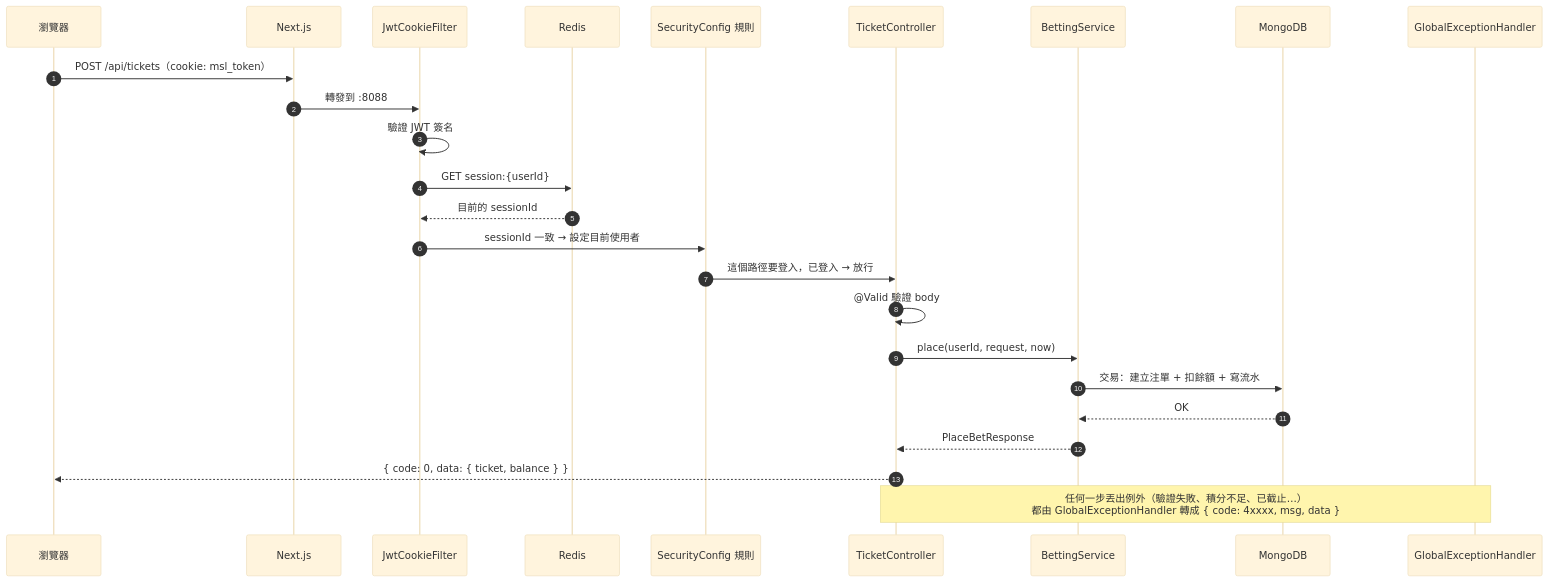
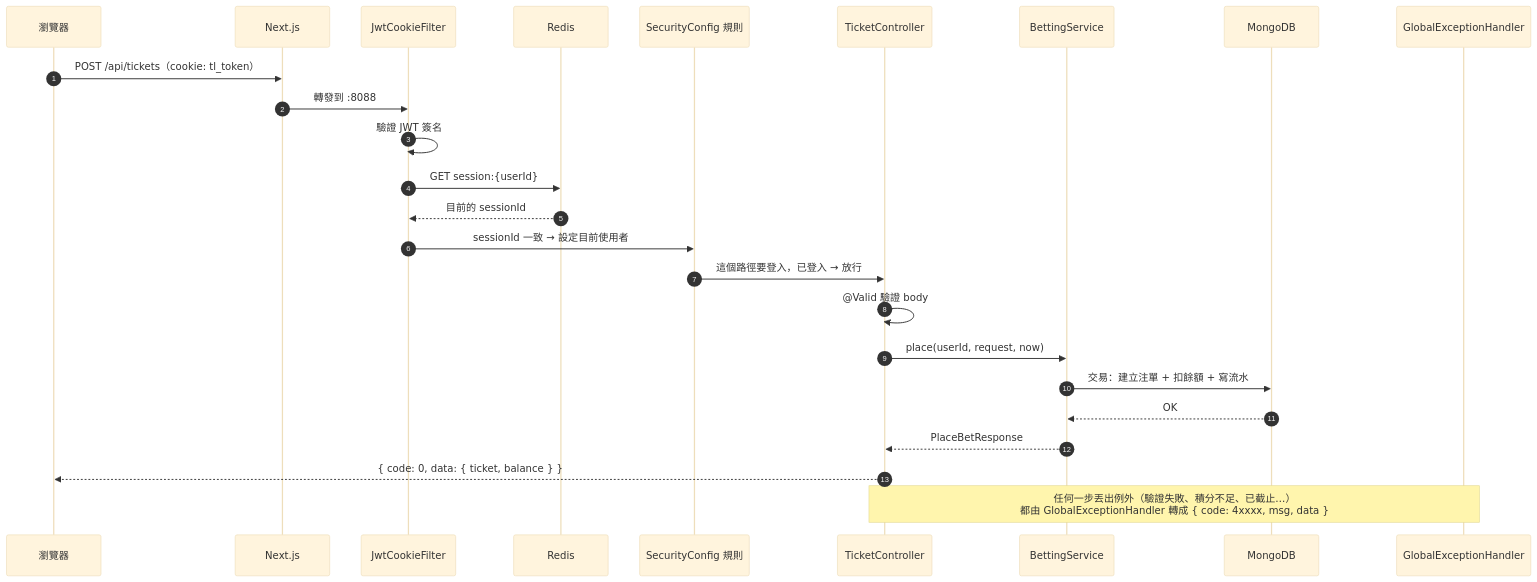
One commit to rain-sc/30-lab changed the third of 9 diagrams in docs/learning/project-workflow.md. Above: the diagram before and after it, drawn with Mermaid (base theme). The commit also changed other lines of this file and 238 other files, not shown here.

````diff
--- a/docs/learning/project-workflow.md
+++ b/docs/learning/project-workflow.md
@@ -99,29 +99,29 @@
 ```mermaid
 sequenceDiagram
     autonumber
     participant B as 瀏覽器
     participant N as Next.js
     participant F as JwtCookieFilter
     participant R as Redis
     participant S as SecurityConfig 規則
     participant C as TicketController
     participant V as BettingService
     participant M as MongoDB
     participant G as GlobalExceptionHandler
 
-    B->>N: POST /api/tickets（cookie: msl_token）
+    B->>N: POST /api/tickets（cookie: tl_token）
     N->>F: 轉發到 :8088
     F->>F: 驗證 JWT 簽名
     F->>R: GET session:{userId}
     R-->>F: 目前的 sessionId
     F->>S: sessionId 一致 → 設定目前使用者
     S->>C: 這個路徑要登入，已登入 → 放行
     C->>C: @Valid 驗證 body
     C->>V: place(userId, request, now)
     V->>M: 交易：建立注單 + 扣餘額 + 寫流水
     M-->>V: OK
     V-->>C: PlaceBetResponse
     C-->>B: { code: 0, data: { ticket, balance } }
 
     Note over C,G: 任何一步丟出例外（驗證失敗、積分不足、已截止…）<br/>都由 GlobalExceptionHandler 轉成 { code: 4xxxx, msg, data }
 ```
````
